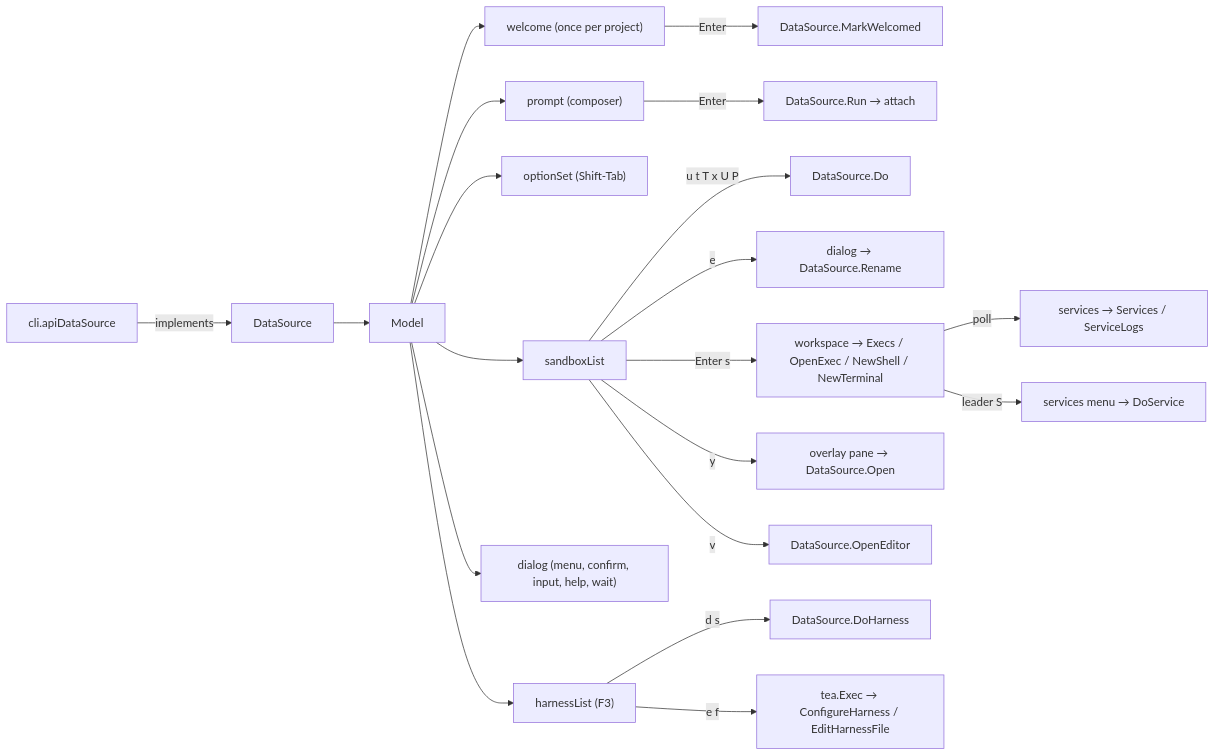
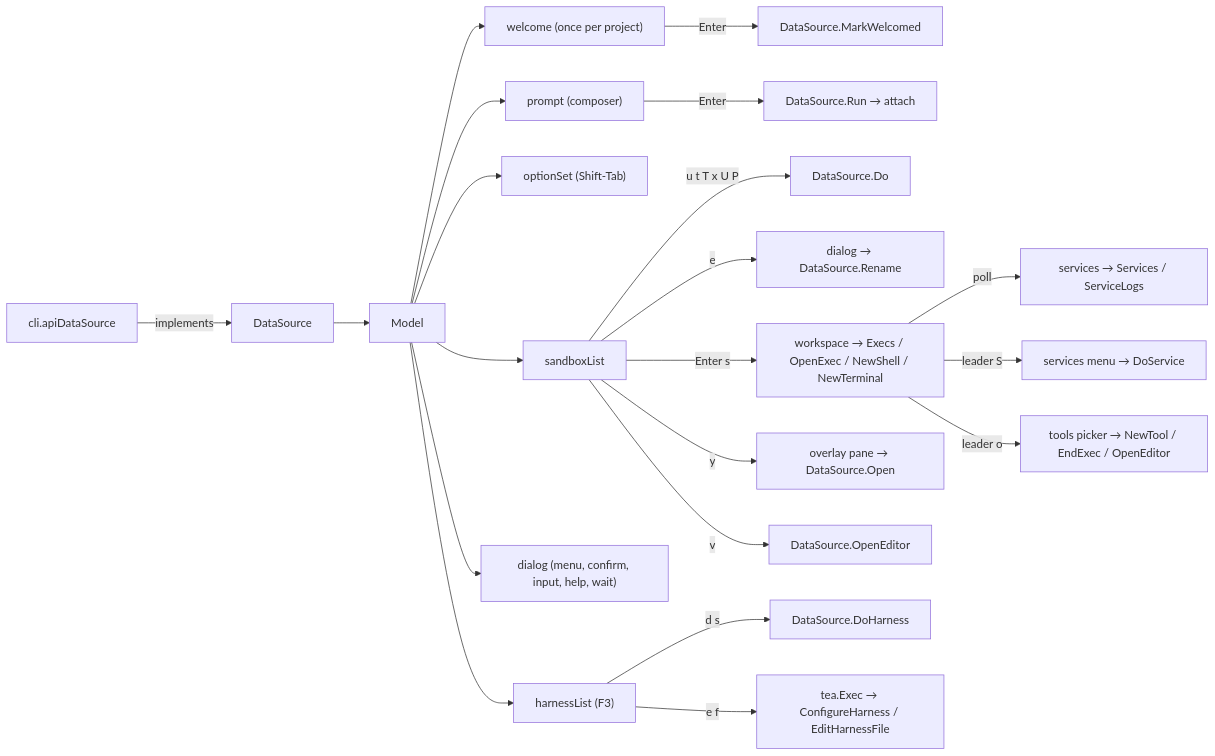
Before and after one commit to discobox-ai/discobox: the diagram in cli/internal/tui/DESIGN.md, drawn with Mermaid. The commit also changed other lines of this file and 16 other files, not shown here.

````diff
--- a/cli/internal/tui/DESIGN.md
+++ b/cli/internal/tui/DESIGN.md
@@ -13,22 +13,23 @@
 ```mermaid
 flowchart LR
     CLI["cli.apiDataSource"] -->|implements| DS["DataSource"]
     DS --> M["Model"]
     M --> P["prompt (composer)"]
     M --> L["sandboxList"]
     M --> O["optionSet (Shift-Tab)"]
     M --> A["harnessList (F3)"]
     M --> D["dialog (menu, confirm, input, help, wait)"]
     M --> W["welcome (once per project)"]
     W -->|Enter| MW["DataSource.MarkWelcomed"]
     P -->|Enter| Run["DataSource.Run → attach"]
     L -->|u t T x U P| Verb["DataSource.Do"]
     L -->|e| Rename["dialog → DataSource.Rename"]
     L -->|Enter s| WS["workspace → Execs / OpenExec / NewShell / NewTerminal"]
     WS -->|poll| Svc["services → Services / ServiceLogs"]
     WS -->|leader S| SvcMenu["services menu → DoService"]
     L -->|y| Overlay["overlay pane → DataSource.Open"]
     L -->|v| Editor["DataSource.OpenEditor"]
+    WS -->|leader o| T["tools picker → NewTool / EndExec / OpenEditor"]
     A -->|d s| AVerb["DataSource.DoHarness"]
     A -->|e f| AExec["tea.Exec → ConfigureHarness / EditHarnessFile"]
 ```
````
